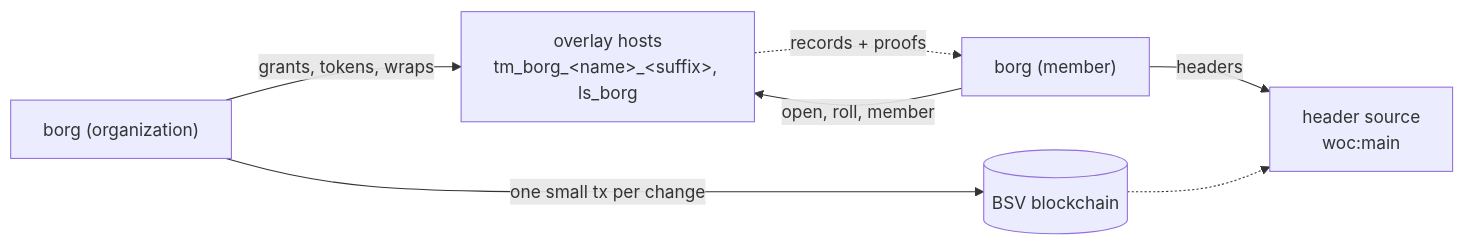
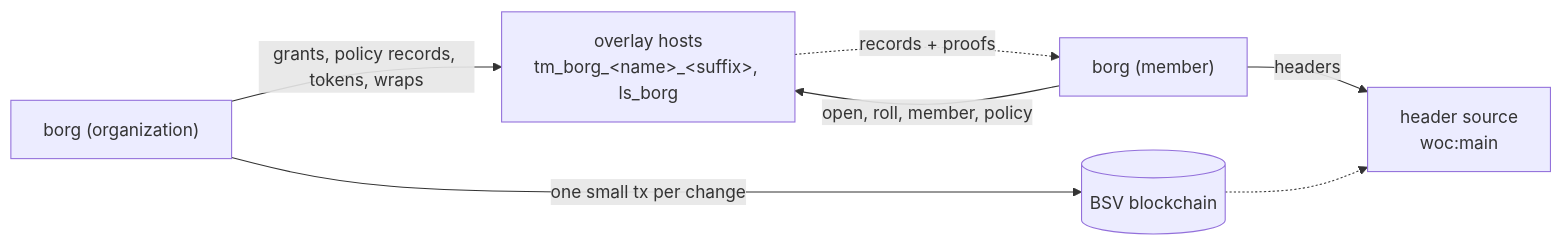
Before and after one commit to lightwebinc/borg: the diagram in README.md, drawn with Mermaid. The commit also changed 95 other files, not shown here.

First line of the commit message:
[Fix] US spelling in every user-visible string; diagrams padded and current

````diff
--- a/README.md
+++ b/README.md
@@ -22,9 +22,10 @@
 ```mermaid
+%%{init: {"flowchart": {"diagramPadding": 48}}}%%
 flowchart LR
-  O["borg (organization)"] -->|"grants, tokens, wraps"| H["overlay hosts<br/>tm_borg_&lt;name&gt;_&lt;suffix&gt;, ls_borg"]
+  O["borg (organization)"] -->|"grants, policy records, tokens, wraps"| H["overlay hosts<br/>tm_borg_&lt;name&gt;_&lt;suffix&gt;, ls_borg"]
   O -->|"one small tx per change"| B[("BSV blockchain")]
-  M["borg (member)"] -->|"open, roll, member"| H
+  M["borg (member)"] -->|"open, roll, member, policy"| H
   M -->|headers| S["header source<br/>woc:main"]
   B -.-> S
   H -. "records + proofs" .-> M
 ```
````
